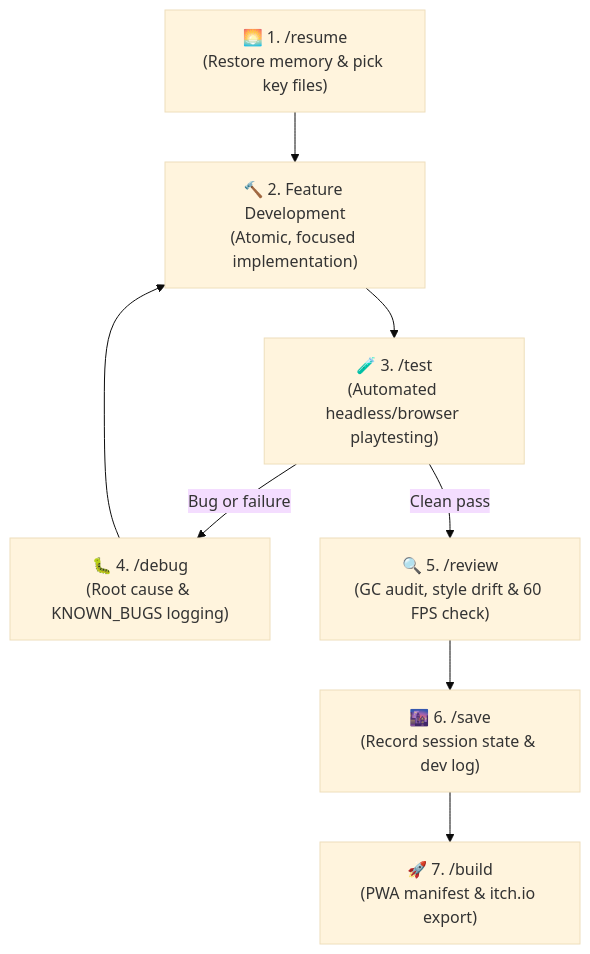
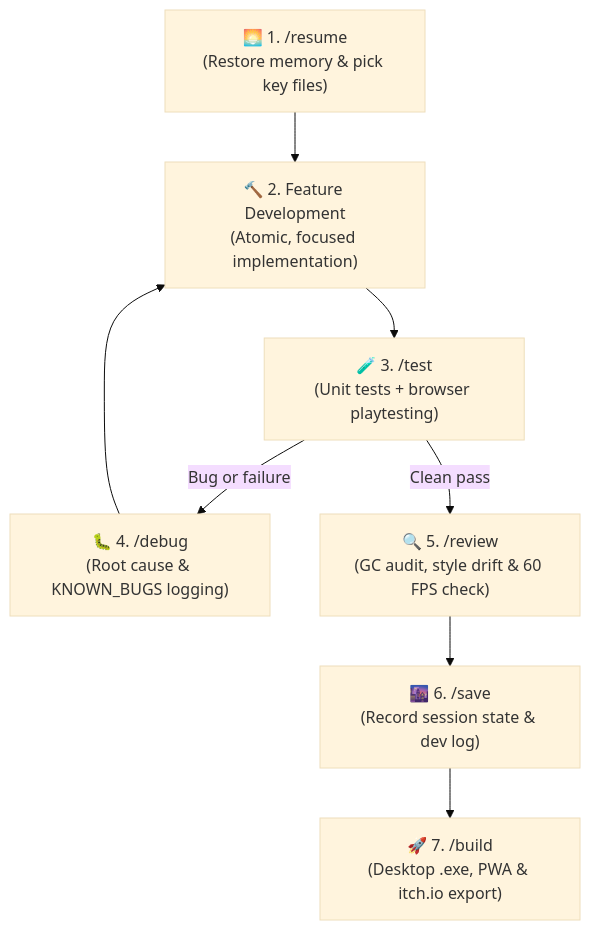
One commit to Samrude1/Agentic-games-template changed the diagram in README.md. Above: the diagram before and after it, drawn with Mermaid (base theme). The commit also changed other lines of this file and 37 other files, not shown here.

Commit message:
feat: upgrade to studio quality standards with full docs suite, unit tests, .exe packaging, and style linter

````diff
--- a/README.md
+++ b/README.md
@@ -29,10 +31,10 @@
 ```mermaid
 graph TD
     A["🌅 1. /resume<br/>(Restore memory & pick key files)"] --> B["🔨 2. Feature Development<br/>(Atomic, focused implementation)"]
-    B --> C["🧪 3. /test<br/>(Automated headless/browser playtesting)"]
+    B --> C["🧪 3. /test<br/>(Unit tests + browser playtesting)"]
     C -- Bug or failure --> D["🐛 4. /debug<br/>(Root cause & KNOWN_BUGS logging)"]
     D --> B
     C -- Clean pass --> E["🔍 5. /review<br/>(GC audit, style drift & 60 FPS check)"]
     E --> F["🌆 6. /save<br/>(Record session state & dev log)"]
-    F --> G["🚀 7. /build<br/>(PWA manifest & itch.io export)"]
+    F --> G["🚀 7. /build<br/>(Desktop .exe, PWA & itch.io export)"]
 ```
````
